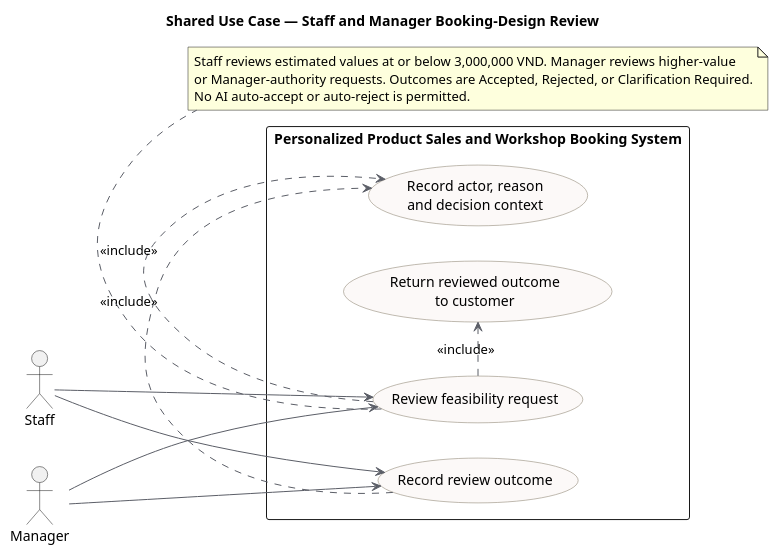
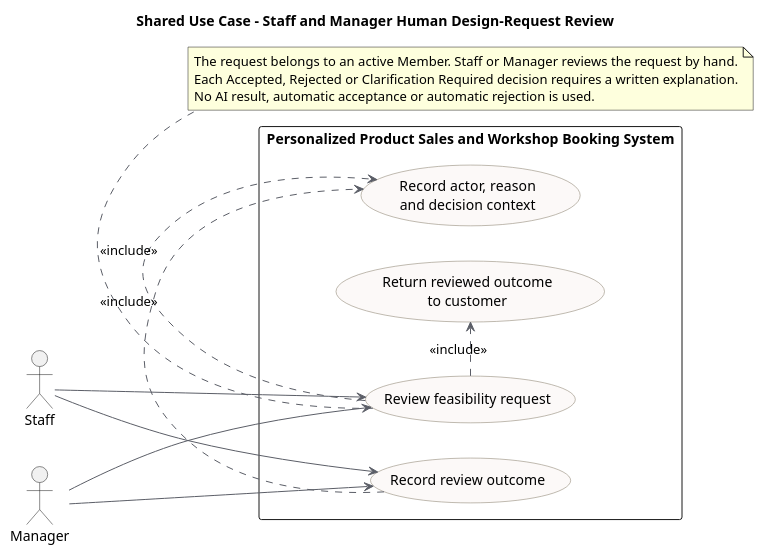
One commit to quoc-ca/mland-operations-hub changed the diagram in documents/docs/report-3-software-requirement-specification/assets/diagrams/use-cases/07-shared-staff-owner-feasibility-review.puml. Above: the diagram before and after it, drawn with PlantUML. The commit also changed 20 other files, not shown here.

```diff
--- a/documents/docs/report-3-software-requirement-specification/assets/diagrams/use-cases/07-shared-staff-owner-feasibility-review.puml
+++ b/documents/docs/report-3-software-requirement-specification/assets/diagrams/use-cases/07-shared-staff-owner-feasibility-review.puml
@@ -1,35 +1,35 @@
 @startuml
 !pragma charset UTF-8
-title Shared Use Case — Staff and Manager Booking-Design Review
+title Shared Use Case - Staff and Manager Human Design-Request Review
 left to right direction
 skinparam shadowing false
 skinparam usecase {
   BackgroundColor #FCF9F8
   BorderColor #807663
   ArrowColor #5B5E67
 }
 
 actor "Staff" as Staff
 actor "Manager" as Manager
 
 rectangle "Personalized Product Sales and Workshop Booking System" {
   usecase "Review feasibility request" as Review
 usecase "Record review outcome" as Decision
   usecase "Record actor, reason\nand decision context" as Audit
   usecase "Return reviewed outcome\nto customer" as Outcome
 }
 
 Staff --> Review
 Manager --> Review
 Staff --> Decision
 Manager --> Decision
 Review .> Audit : <<include>>
 Decision .> Audit : <<include>>
 Review .> Outcome : <<include>>
 
 note bottom of Review
-Staff reviews estimated values at or below 3,000,000 VND. Manager reviews higher-value
-or Manager-authority requests. Outcomes are Accepted, Rejected, or Clarification Required.
-No AI auto-accept or auto-reject is permitted.
+The request belongs to an active Member. Staff or Manager reviews the request by hand.
+Each Accepted, Rejected or Clarification Required decision requires a written explanation.
+No AI result, automatic acceptance or automatic rejection is used.
 end note
 @enduml
```
